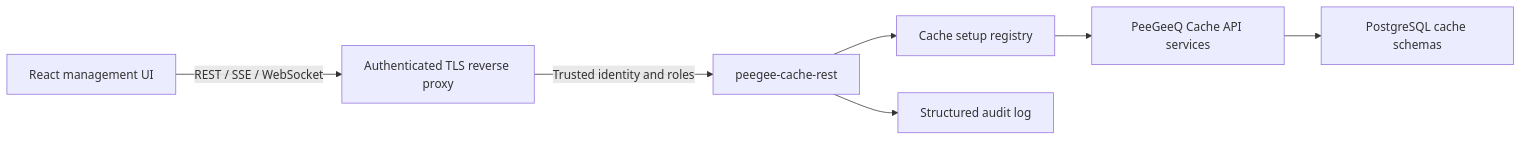
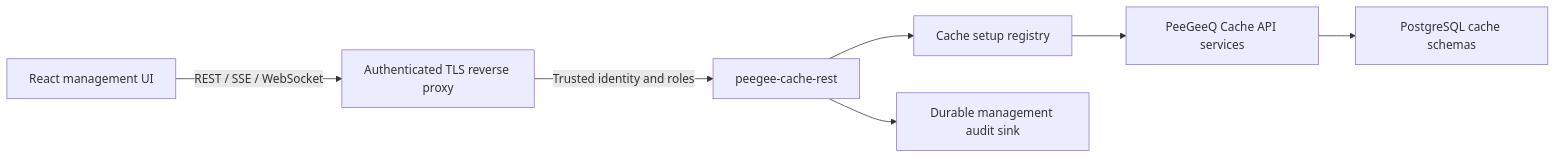
Before and after one commit to mraysmit/peegeeq-cache: the diagram in docs/design/PEEGEEQ_CACHE_MANAGEMENT_UI_DESIGN.md, drawn with Mermaid. The commit also changed other lines of this file and 39 other files, not shown here.

````diff
--- a/docs/design/PEEGEEQ_CACHE_MANAGEMENT_UI_DESIGN.md
+++ b/docs/design/PEEGEEQ_CACHE_MANAGEMENT_UI_DESIGN.md
@@ -478,17 +485,17 @@
 ```mermaid
 flowchart LR
     Browser["React management UI"]
     Proxy["Authenticated TLS reverse proxy"]
     Rest["peegee-cache-rest"]
     Registry["Cache setup registry"]
     API["PeeGeeQ Cache API services"]
     PG["PostgreSQL cache schemas"]
-    Audit["Structured audit log"]
+    Audit["Durable management audit sink"]
 
     Browser -->|"REST / SSE / WebSocket"| Proxy
     Proxy -->|"Trusted identity and roles"| Rest
     Rest --> Registry
     Registry --> API
     API --> PG
     Rest --> Audit
 ```
````
